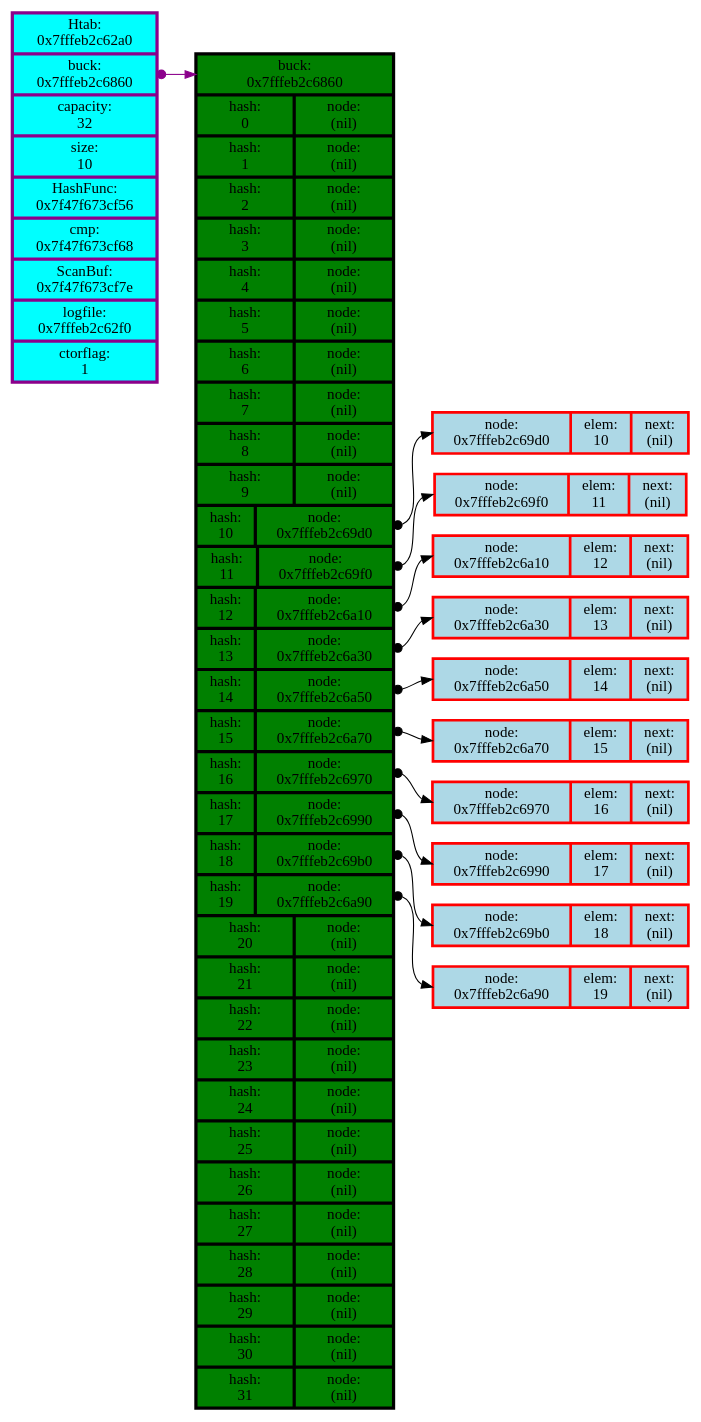
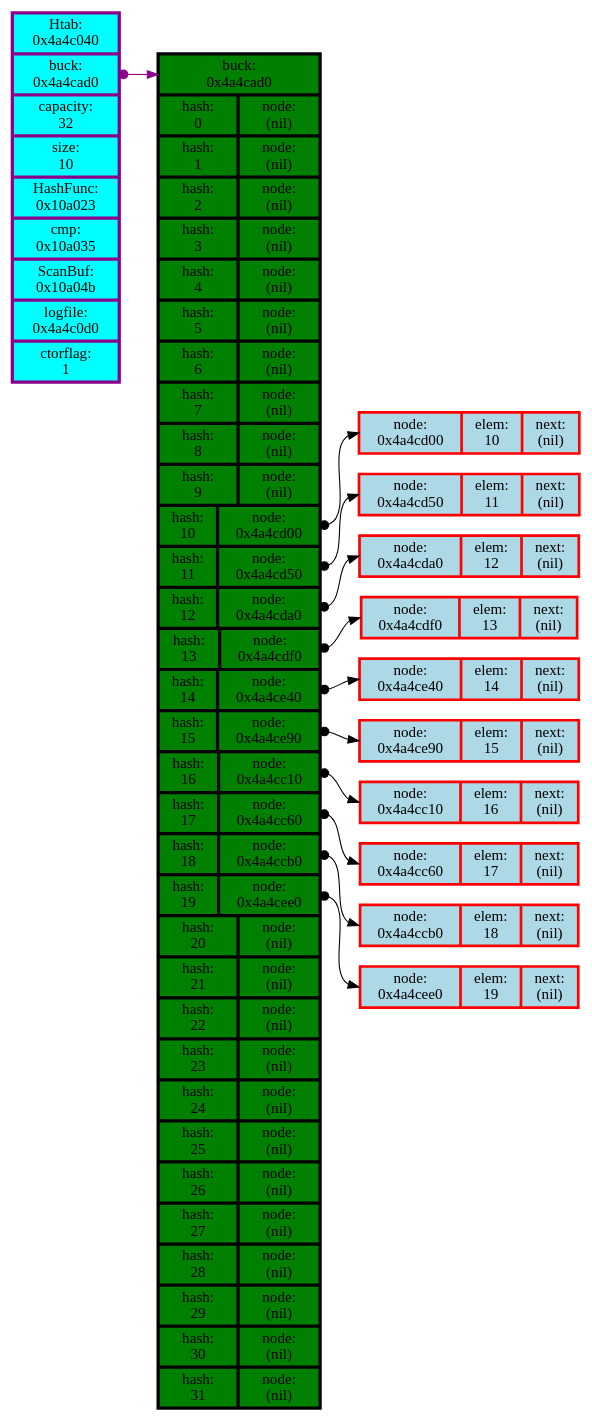
One commit to LegendaryHog/Hash_Tab changed the diagram in logs/graph_dump.dot. Above: the diagram before and after it, drawn with Graphviz. The commit also changed 3 other files, not shown here.

```diff
--- a/logs/graph_dump.dot
+++ b/logs/graph_dump.dot
@@ -1,39 +1,39 @@
 digraph G{
 	rankdir=LR;
 	node[color="red",shape=record];
-	HTAB [color = darkmagenta, style = filled, fillcolor = aqua, penwidth=3.0,  label = "Htab:\n 0x7fffeb2c62a0 | <BUCK> buck:\n 0x7fffeb2c6860 | capacity:\n 32 | size:\n 10 | HashFunc:\n 0x7f47f673cf56 | cmp:\n 0x7f47f673cf68 | ScanBuf:\n 0x7f47f673cf7e | logfile:\n 0x7fffeb2c62f0 | ctorflag:\n 1"];
+	HTAB [color = darkmagenta, style = filled, fillcolor = aqua, penwidth=3.0,  label = "Htab:\n 0x4a4c040 | <BUCK> buck:\n 0x4a4cad0 | capacity:\n 32 | size:\n 10 | HashFunc:\n 0x10a023 | cmp:\n 0x10a035 | ScanBuf:\n 0x10a04b | logfile:\n 0x4a4c0d0 | ctorflag:\n 1"];
 	subgraph BUCKET {
-		BUCKET [style = filled, fillcolor = green, penwidth=3.0, color = black, label = " <bucket> buck:\n0x7fffeb2c6860 | {hash:\n 0 |<buck0> node:\n(nil)} | {hash:\n 1 |<buck1> node:\n(nil)} | {hash:\n 2 |<buck2> node:\n(nil)} | {hash:\n 3 |<buck3> node:\n(nil)} | {hash:\n 4 |<buck4> node:\n(nil)} | {hash:\n 5 |<buck5> node:\n(nil)} | {hash:\n 6 |<buck6> node:\n(nil)} | {hash:\n 7 |<buck7> node:\n(nil)} | {hash:\n 8 |<buck8> node:\n(nil)} | {hash:\n 9 |<buck9> node:\n(nil)} | {hash:\n 10 |<buck10> node:\n0x7fffeb2c69d0} | {hash:\n 11 |<buck11> node:\n0x7fffeb2c69f0} | {hash:\n 12 |<buck12> node:\n0x7fffeb2c6a10} | {hash:\n 13 |<buck13> node:\n0x7fffeb2c6a30} | {hash:\n 14 |<buck14> node:\n0x7fffeb2c6a50} | {hash:\n 15 |<buck15> node:\n0x7fffeb2c6a70} | {hash:\n 16 |<buck16> node:\n0x7fffeb2c6970} | {hash:\n 17 |<buck17> node:\n0x7fffeb2c6990} | {hash:\n 18 |<buck18> node:\n0x7fffeb2c69b0} | {hash:\n 19 |<buck19> node:\n0x7fffeb2c6a90} | {hash:\n 20 |<buck20> node:\n(nil)} | {hash:\n 21 |<buck21> node:\n(nil)} | {hash:\n 22 |<buck22> node:\n(nil)} | {hash:\n 23 |<buck23> node:\n(nil)} | {hash:\n 24 |<buck24> node:\n(nil)} | {hash:\n 25 |<buck25> node:\n(nil)} | {hash:\n 26 |<buck26> node:\n(nil)} | {hash:\n 27 |<buck27> node:\n(nil)} | {hash:\n 28 |<buck28> node:\n(nil)} | {hash:\n 29 |<buck29> node:\n(nil)} | {hash:\n 30 |<buck30> node:\n(nil)} | {hash:\n 31 |<buck31> node:\n(nil)}"];
+		BUCKET [style = filled, fillcolor = green, penwidth=3.0, color = black, label = " <bucket> buck:\n0x4a4cad0 | {hash:\n 0 |<buck0> node:\n(nil)} | {hash:\n 1 |<buck1> node:\n(nil)} | {hash:\n 2 |<buck2> node:\n(nil)} | {hash:\n 3 |<buck3> node:\n(nil)} | {hash:\n 4 |<buck4> node:\n(nil)} | {hash:\n 5 |<buck5> node:\n(nil)} | {hash:\n 6 |<buck6> node:\n(nil)} | {hash:\n 7 |<buck7> node:\n(nil)} | {hash:\n 8 |<buck8> node:\n(nil)} | {hash:\n 9 |<buck9> node:\n(nil)} | {hash:\n 10 |<buck10> node:\n0x4a4cd00} | {hash:\n 11 |<buck11> node:\n0x4a4cd50} | {hash:\n 12 |<buck12> node:\n0x4a4cda0} | {hash:\n 13 |<buck13> node:\n0x4a4cdf0} | {hash:\n 14 |<buck14> node:\n0x4a4ce40} | {hash:\n 15 |<buck15> node:\n0x4a4ce90} | {hash:\n 16 |<buck16> node:\n0x4a4cc10} | {hash:\n 17 |<buck17> node:\n0x4a4cc60} | {hash:\n 18 |<buck18> node:\n0x4a4ccb0} | {hash:\n 19 |<buck19> node:\n0x4a4cee0} | {hash:\n 20 |<buck20> node:\n(nil)} | {hash:\n 21 |<buck21> node:\n(nil)} | {hash:\n 22 |<buck22> node:\n(nil)} | {hash:\n 23 |<buck23> node:\n(nil)} | {hash:\n 24 |<buck24> node:\n(nil)} | {hash:\n 25 |<buck25> node:\n(nil)} | {hash:\n 26 |<buck26> node:\n(nil)} | {hash:\n 27 |<buck27> node:\n(nil)} | {hash:\n 28 |<buck28> node:\n(nil)} | {hash:\n 29 |<buck29> node:\n(nil)} | {hash:\n 30 |<buck30> node:\n(nil)} | {hash:\n 31 |<buck31> node:\n(nil)}"];
 	}
 	HTAB:BUCK -> BUCKET:bucket[dir = both, arrowtail = dot, color = darkmagenta];
-	NODE_10_0 [style = filled, fillcolor = lightblue, penwidth = 2.5, label = "{<node0> node:\n0x7fffeb2c69d0 | elem:\n10 | <next0> next:\n(nil)}"];
+	NODE_10_0 [style = filled, fillcolor = lightblue, penwidth = 2.5, label = "{<node0> node:\n0x4a4cd00 | elem:\n10 | <next0> next:\n(nil)}"];
 	BUCKET:buck10 -> NODE_10_0:node0[dir = both, arrowtail = dot];
 	BUCKET:buck10 -> NODE_10_0[color = invis];
-	NODE_11_0 [style = filled, fillcolor = lightblue, penwidth = 2.5, label = "{<node0> node:\n0x7fffeb2c69f0 | elem:\n11 | <next0> next:\n(nil)}"];
+	NODE_11_0 [style = filled, fillcolor = lightblue, penwidth = 2.5, label = "{<node0> node:\n0x4a4cd50 | elem:\n11 | <next0> next:\n(nil)}"];
 	BUCKET:buck11 -> NODE_11_0:node0[dir = both, arrowtail = dot];
 	BUCKET:buck11 -> NODE_11_0[color = invis];
-	NODE_12_0 [style = filled, fillcolor = lightblue, penwidth = 2.5, label = "{<node0> node:\n0x7fffeb2c6a10 | elem:\n12 | <next0> next:\n(nil)}"];
+	NODE_12_0 [style = filled, fillcolor = lightblue, penwidth = 2.5, label = "{<node0> node:\n0x4a4cda0 | elem:\n12 | <next0> next:\n(nil)}"];
 	BUCKET:buck12 -> NODE_12_0:node0[dir = both, arrowtail = dot];
 	BUCKET:buck12 -> NODE_12_0[color = invis];
-	NODE_13_0 [style = filled, fillcolor = lightblue, penwidth = 2.5, label = "{<node0> node:\n0x7fffeb2c6a30 | elem:\n13 | <next0> next:\n(nil)}"];
+	NODE_13_0 [style = filled, fillcolor = lightblue, penwidth = 2.5, label = "{<node0> node:\n0x4a4cdf0 | elem:\n13 | <next0> next:\n(nil)}"];
 	BUCKET:buck13 -> NODE_13_0:node0[dir = both, arrowtail = dot];
 	BUCKET:buck13 -> NODE_13_0[color = invis];
-	NODE_14_0 [style = filled, fillcolor = lightblue, penwidth = 2.5, label = "{<node0> node:\n0x7fffeb2c6a50 | elem:\n14 | <next0> next:\n(nil)}"];
+	NODE_14_0 [style = filled, fillcolor = lightblue, penwidth = 2.5, label = "{<node0> node:\n0x4a4ce40 | elem:\n14 | <next0> next:\n(nil)}"];
 	BUCKET:buck14 -> NODE_14_0:node0[dir = both, arrowtail = dot];
 	BUCKET:buck14 -> NODE_14_0[color = invis];
-	NODE_15_0 [style = filled, fillcolor = lightblue, penwidth = 2.5, label = "{<node0> node:\n0x7fffeb2c6a70 | elem:\n15 | <next0> next:\n(nil)}"];
+	NODE_15_0 [style = filled, fillcolor = lightblue, penwidth = 2.5, label = "{<node0> node:\n0x4a4ce90 | elem:\n15 | <next0> next:\n(nil)}"];
 	BUCKET:buck15 -> NODE_15_0:node0[dir = both, arrowtail = dot];
 	BUCKET:buck15 -> NODE_15_0[color = invis];
-	NODE_16_0 [style = filled, fillcolor = lightblue, penwidth = 2.5, label = "{<node0> node:\n0x7fffeb2c6970 | elem:\n16 | <next0> next:\n(nil)}"];
+	NODE_16_0 [style = filled, fillcolor = lightblue, penwidth = 2.5, label = "{<node0> node:\n0x4a4cc10 | elem:\n16 | <next0> next:\n(nil)}"];
 	BUCKET:buck16 -> NODE_16_0:node0[dir = both, arrowtail = dot];
 	BUCKET:buck16 -> NODE_16_0[color = invis];
-	NODE_17_0 [style = filled, fillcolor = lightblue, penwidth = 2.5, label = "{<node0> node:\n0x7fffeb2c6990 | elem:\n17 | <next0> next:\n(nil)}"];
+	NODE_17_0 [style = filled, fillcolor = lightblue, penwidth = 2.5, label = "{<node0> node:\n0x4a4cc60 | elem:\n17 | <next0> next:\n(nil)}"];
 	BUCKET:buck17 -> NODE_17_0:node0[dir = both, arrowtail = dot];
 	BUCKET:buck17 -> NODE_17_0[color = invis];
-	NODE_18_0 [style = filled, fillcolor = lightblue, penwidth = 2.5, label = "{<node0> node:\n0x7fffeb2c69b0 | elem:\n18 | <next0> next:\n(nil)}"];
+	NODE_18_0 [style = filled, fillcolor = lightblue, penwidth = 2.5, label = "{<node0> node:\n0x4a4ccb0 | elem:\n18 | <next0> next:\n(nil)}"];
 	BUCKET:buck18 -> NODE_18_0:node0[dir = both, arrowtail = dot];
 	BUCKET:buck18 -> NODE_18_0[color = invis];
-	NODE_19_0 [style = filled, fillcolor = lightblue, penwidth = 2.5, label = "{<node0> node:\n0x7fffeb2c6a90 | elem:\n19 | <next0> next:\n(nil)}"];
+	NODE_19_0 [style = filled, fillcolor = lightblue, penwidth = 2.5, label = "{<node0> node:\n0x4a4cee0 | elem:\n19 | <next0> next:\n(nil)}"];
 	BUCKET:buck19 -> NODE_19_0:node0[dir = both, arrowtail = dot];
 	BUCKET:buck19 -> NODE_19_0[color = invis];
 }
```
